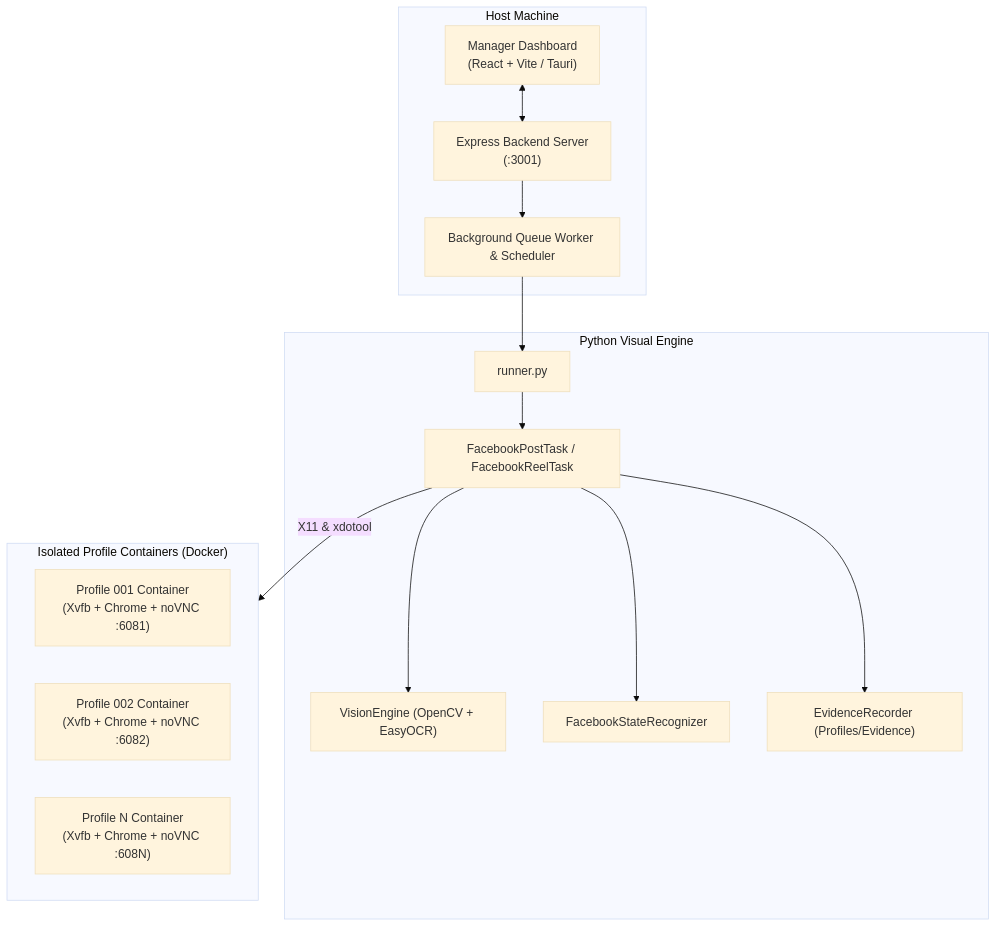
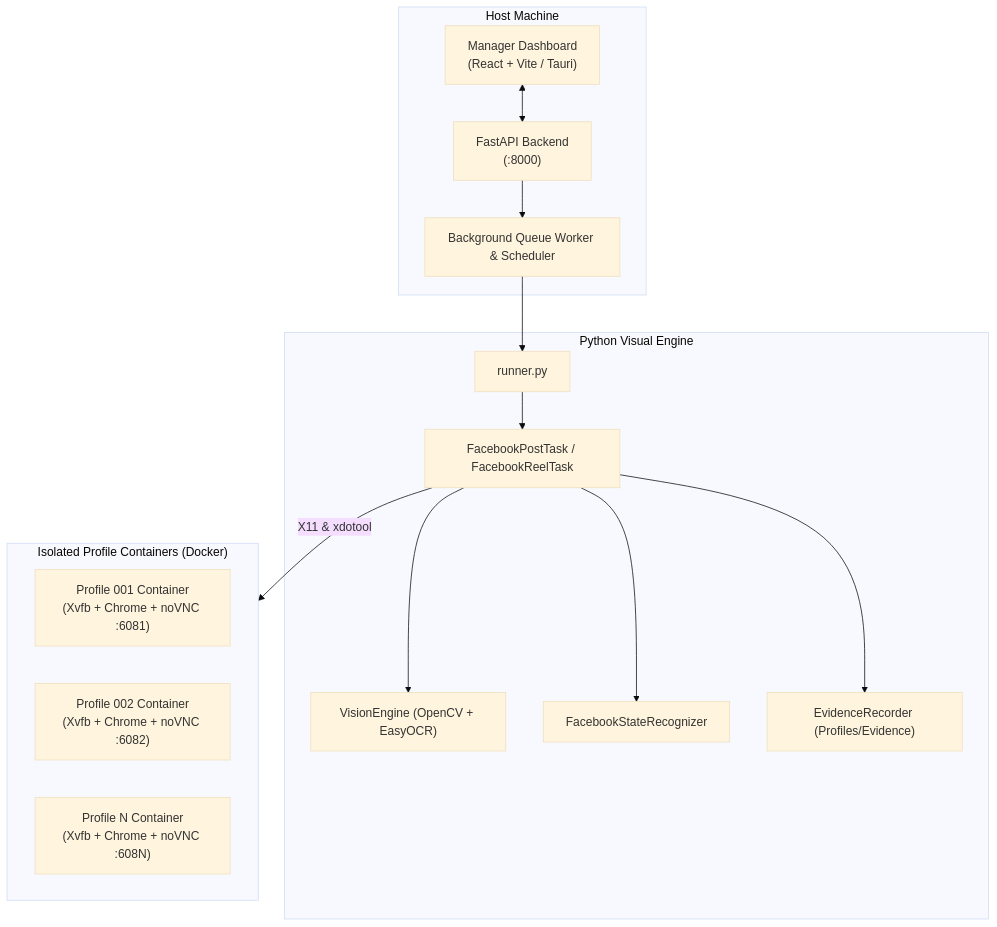
Before and after one commit to rathana-pvs/anti_bot_browser: the diagram in README.md, drawn with Mermaid (base theme). The commit also changed other lines of this file and 35 other files, not shown here.

````diff
--- a/README.md
+++ b/README.md
@@ -44,31 +44,31 @@
 ```mermaid
 flowchart TD
     subgraph Host["Host Machine"]
         ManagerApp["Manager Dashboard<br/>(React + Vite / Tauri)"]
-        Backend["Express Backend Server<br/>(:3001)"]
+        Backend["FastAPI Backend<br/>(:8000)"]
         QueueWorker["Background Queue Worker & Scheduler"]
     end
 
     subgraph Automation["Python Visual Engine"]
         Runner["runner.py"]
         Vision["VisionEngine (OpenCV + EasyOCR)"]
         Recognizer["FacebookStateRecognizer"]
         Evidence["EvidenceRecorder (Profiles/Evidence)"]
         Tasks["FacebookPostTask / FacebookReelTask"]
     end
 
     subgraph Containers["Isolated Profile Containers (Docker)"]
         Profile1["Profile 001 Container<br/>(Xvfb + Chrome + noVNC :6081)"]
         Profile2["Profile 002 Container<br/>(Xvfb + Chrome + noVNC :6082)"]
         ProfileN["Profile N Container<br/>(Xvfb + Chrome + noVNC :608N)"]
     end
 
     ManagerApp <--> Backend
     Backend --> QueueWorker
     QueueWorker --> Runner
     Runner --> Tasks
     Tasks --> Vision
     Tasks --> Recognizer
     Tasks --> Evidence
     Tasks -- "X11 & xdotool" --> Containers
 ```
````
